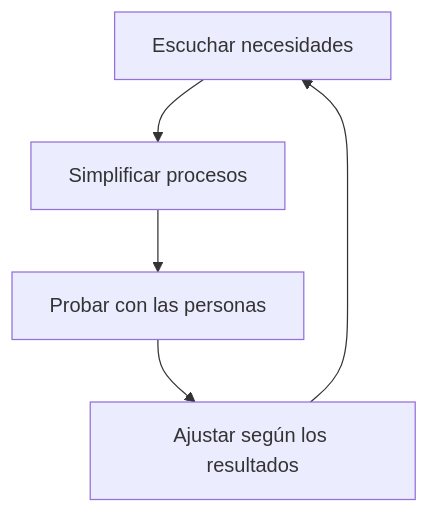
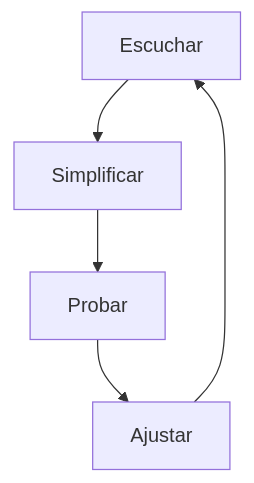
One commit to SLEP-Chacabuco/.github changed the diagram in profile/README.md. Above: the diagram before and after it, drawn with Mermaid.

````diff
--- a/profile/README.md
+++ b/profile/README.md
@@ -9,9 +9,9 @@
 ```mermaid
 flowchart TD
     accTitle: Ciclo de mejora de los sistemas digitales
     accDescr: Escuchar necesidades, simplificar procesos, probar con las personas y ajustar según los resultados. El ciclo vuelve a comenzar con la escucha.
-    escuchar["Escuchar necesidades"] --> simplificar["Simplificar procesos"]
-    simplificar --> probar["Probar con las personas"]
-    probar --> ajustar["Ajustar según los resultados"]
+    escuchar["Escuchar"] --> simplificar["Simplificar"]
+    simplificar --> probar["Probar"]
+    probar --> ajustar["Ajustar"]
     ajustar --> escuchar
 ```
````
